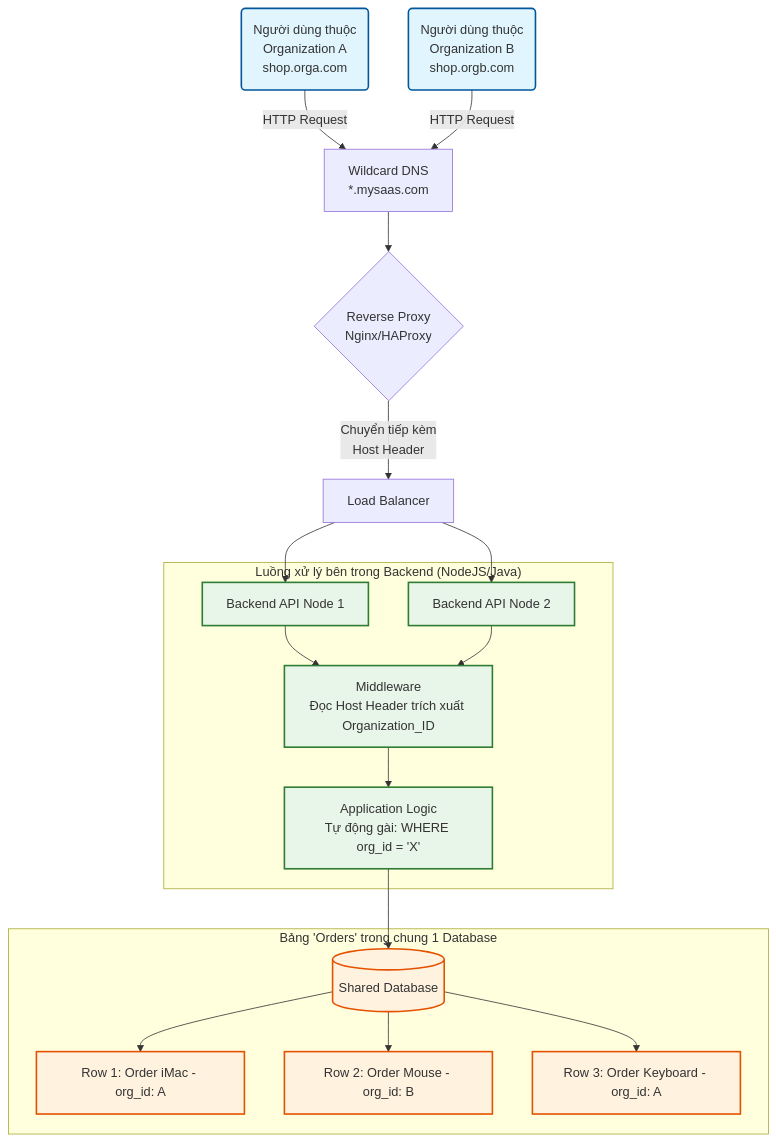
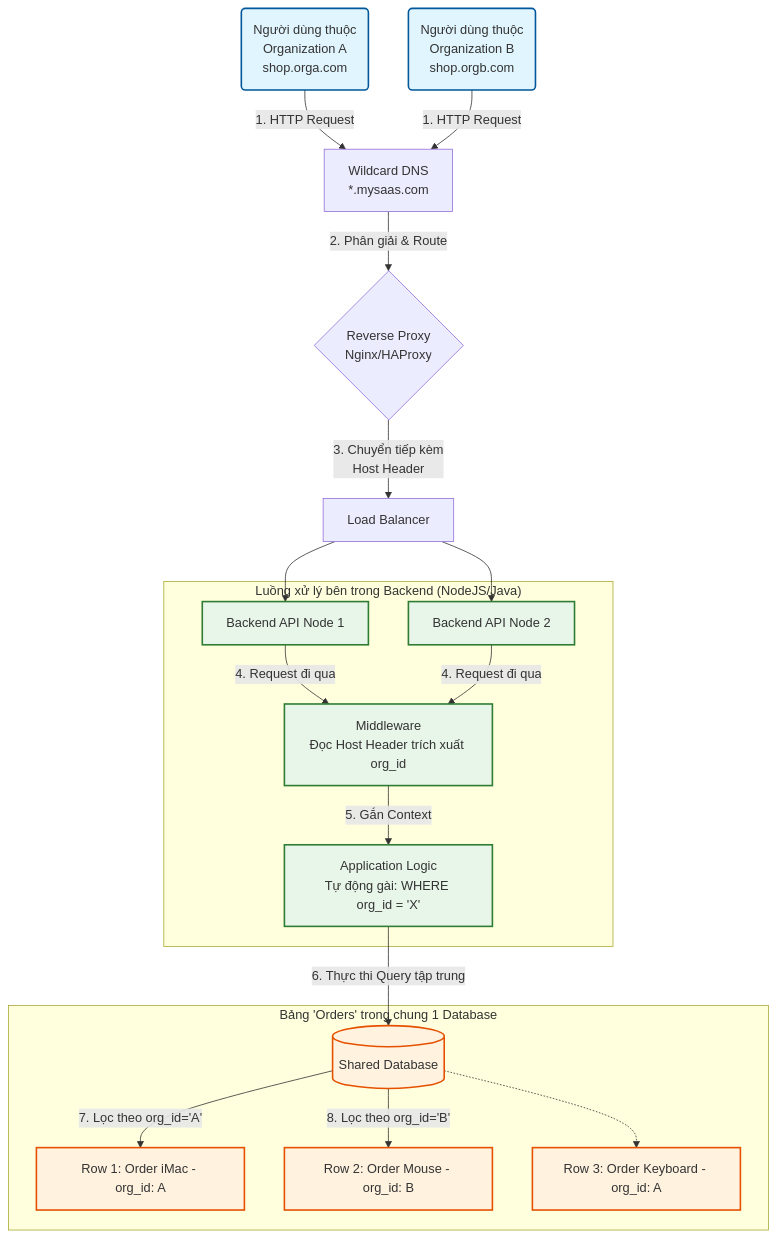
The third of 3 diagrams in Multi-Tenant.md (LeeJaeLee01/interviews), drawn with Mermaid before and after one commit. The commit also changed other lines of this file, not shown here.

````diff
--- a/Multi-Tenant.md
+++ b/Multi-Tenant.md
@@ -51,38 +120,38 @@
 ```mermaid
 graph TD
     %% Định nghĩa luồng người dùng
-    UserA(Người dùng thuộc<br/>Organization A<br/>shop.orga.com) -->|HTTP Request| DNS[Wildcard DNS<br/>*.mysaas.com]
-    UserB(Người dùng thuộc<br/>Organization B<br/>shop.orgb.com) -->|HTTP Request| DNS
+    UserA(Người dùng thuộc<br/>Organization A<br/>shop.orga.com) -->|1. HTTP Request| DNS[Wildcard DNS<br/>*.mysaas.com]
+    UserB(Người dùng thuộc<br/>Organization B<br/>shop.orgb.com) -->|1. HTTP Request| DNS
 
     %% Tầng Proxy
-    DNS --> Proxy{Reverse Proxy<br/>Nginx/HAProxy}
+    DNS -->|2. Phân giải & Route| Proxy{Reverse Proxy<br/>Nginx/HAProxy}
 
     %% Tầng Backend
-    Proxy -->|Chuyển tiếp kèm<br/>Host Header| LB[Load Balancer]
+    Proxy -->|3. Chuyển tiếp kèm<br/>Host Header| LB[Load Balancer]
     LB --> API1[Backend API Node 1]
     LB --> API2[Backend API Node 2]
 
     subgraph "Luồng xử lý bên trong Backend (NodeJS/Java)"
-    API1 --> Middleware[Middleware<br/>Đọc Host Header trích xuất Organization_ID]
-    API2 --> Middleware
-    Middleware --> AppLogic[Application Logic<br/>Tự động gài: WHERE org_id = 'X']
+    API1 -->|4. Request đi qua| Middleware[Middleware<br/>Đọc Host Header trích xuất org_id]
+    API2 -->|4. Request đi qua| Middleware
+    Middleware -->|5. Gắn Context| AppLogic[Application Logic<br/>Tự động gài: WHERE org_id = 'X']
     end
 
     %% Tầng Database
-    AppLogic --> DB[(Shared Database)]
+    AppLogic -->|6. Thực thi Query tập trung| DB[(Shared Database)]
 
     subgraph "Bảng 'Orders' trong chung 1 Database"
-    DB --> Row1[Row 1: Order iMac - org_id: A]
-    DB --> Row2[Row 2: Order Mouse - org_id: B]
-    DB --> Row3[Row 3: Order Keyboard - org_id: A]
+    DB -->|7. Lọc theo org_id='A'| Row1[Row 1: Order iMac - org_id: A]
+    DB -->|8. Lọc theo org_id='B'| Row2[Row 2: Order Mouse - org_id: B]
+    DB -.-> Row3[Row 3: Order Keyboard - org_id: A]
     end
 
     %% Style màu mè cho đẹp
     classDef user fill:#e1f5fe,stroke:#01579b,stroke-width:2px;
     classDef backend fill:#e8f5e9,stroke:#2e7d32,stroke-width:2px;
     classDef db fill:#fff3e0,stroke:#e65100,stroke-width:2px;
 
     class UserA,UserB user;
     class API1,API2,Middleware,AppLogic backend;
     class DB,Row1,Row2,Row3 db;
 ```
````
